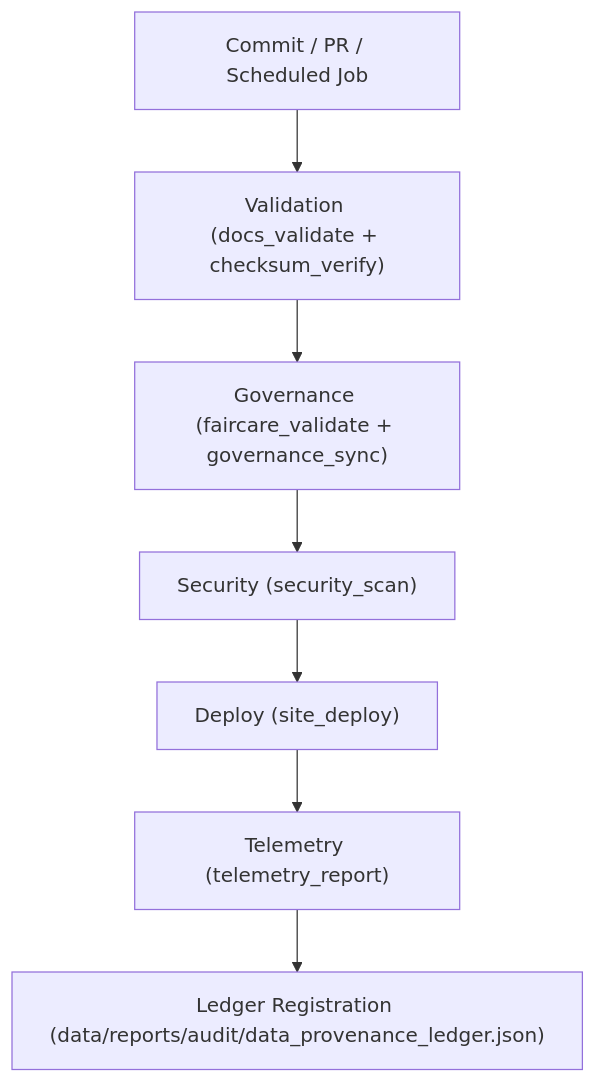
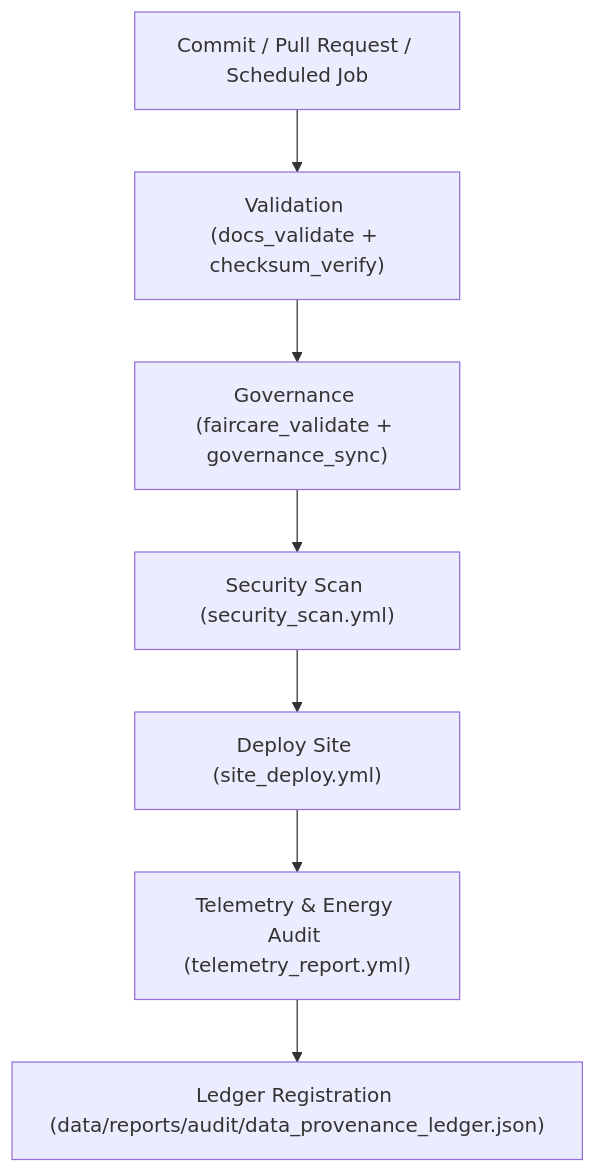
One commit to bartytime4life/Kansas-Frontier-Matrix changed the diagram in tools/ci/README.md. Above: the diagram before and after it, drawn with Mermaid. The commit also changed other lines of this file, not shown here.

````diff
--- a/tools/ci/README.md
+++ b/tools/ci/README.md
@@ -62,9 +62,9 @@
 ```mermaid
 flowchart TD
-A["Commit / PR / Scheduled Job"] --> B["Validation (docs_validate + checksum_verify)"]
-B --> C["Governance (faircare_validate + governance_sync)"]
-C --> D["Security (security_scan)"]
-D --> E["Deploy (site_deploy)"]
-E --> F["Telemetry (telemetry_report)"]
-F --> G["Ledger Registration (data/reports/audit/data_provenance_ledger.json)"]
+    A["Commit / Pull Request / Scheduled Job"] --> B["Validation (docs_validate + checksum_verify)"]
+    B --> C["Governance (faircare_validate + governance_sync)"]
+    C --> D["Security Scan (security_scan.yml)"]
+    D --> E["Deploy Site (site_deploy.yml)"]
+    E --> F["Telemetry & Energy Audit (telemetry_report.yml)"]
+    F --> G["Ledger Registration (data/reports/audit/data_provenance_ledger.json)"]
 ```
````
